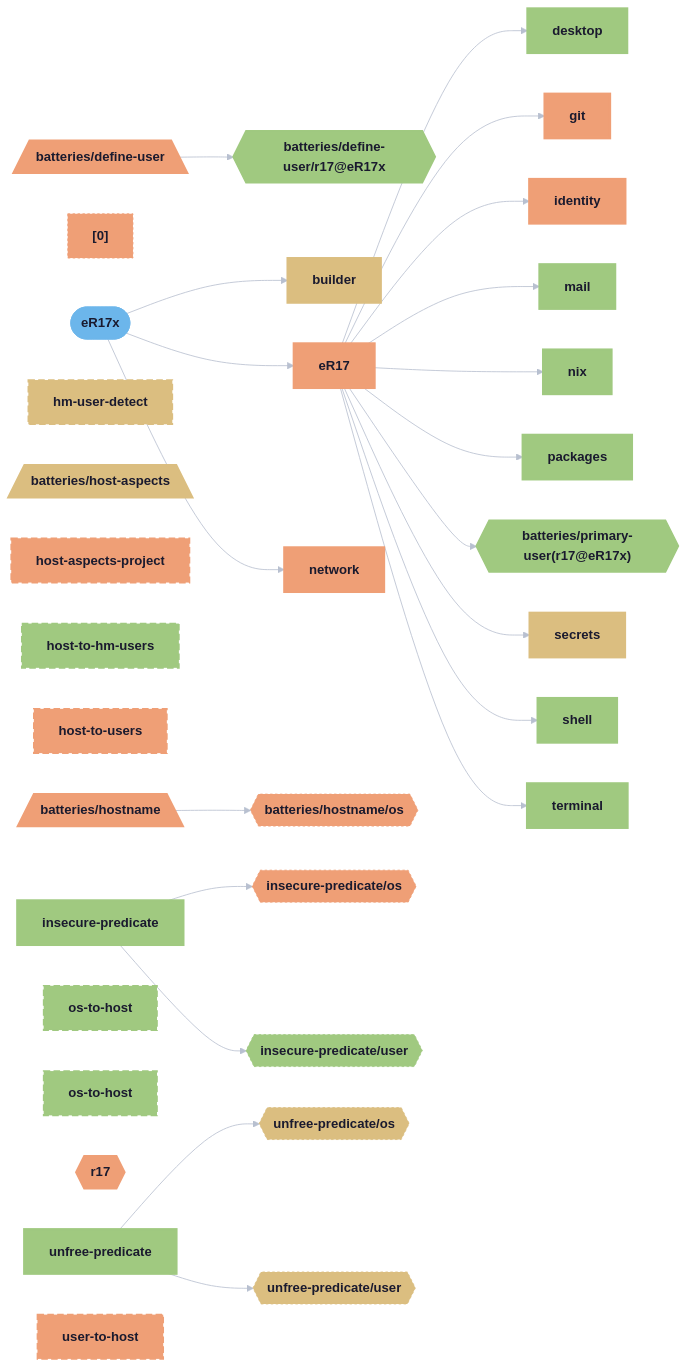
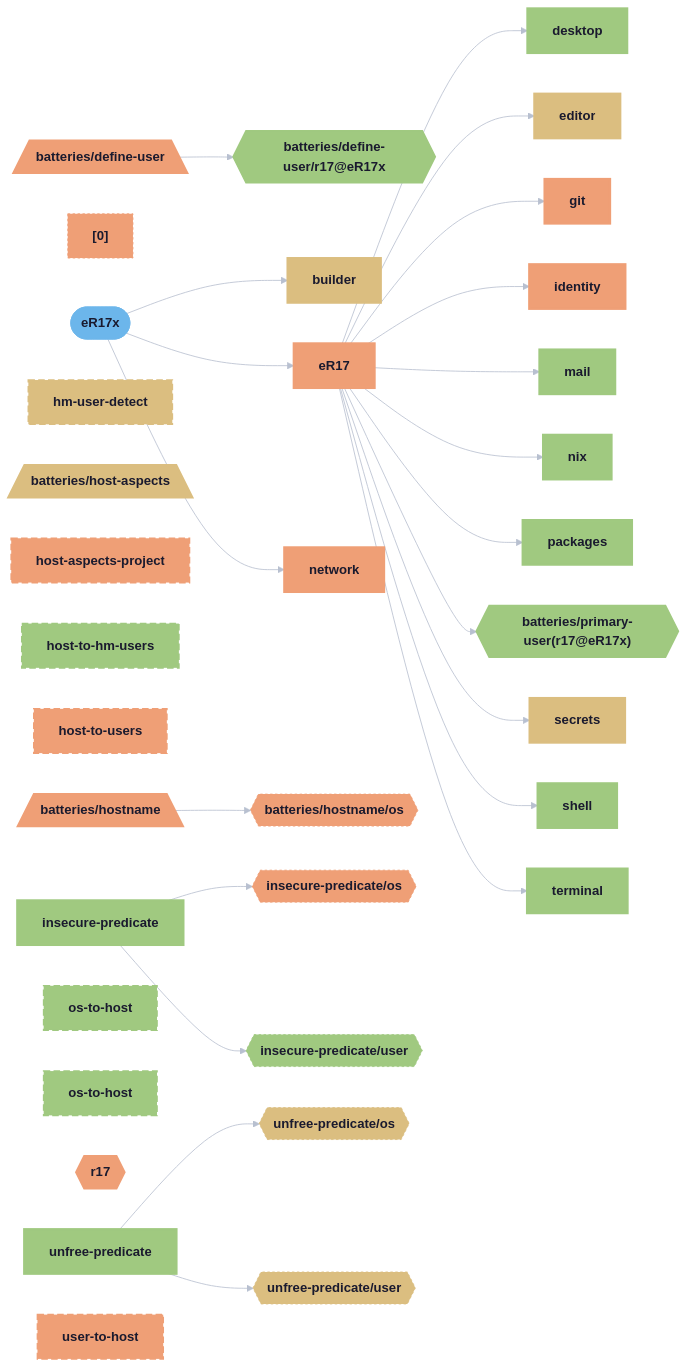
The third of 5 diagrams in README.md (r17x/universe), drawn with Mermaid before and after one commit. The commit also changed other lines of this file and 10 other files, not shown here.

```diff
--- a/README.md
+++ b/README.md
@@ -244,6 +250,7 @@
   den__batteries__define_user__r17_eR17x{{"batteries/define-user/r17@eR17x"}}:::den__batteries__define_user__r17_eR17x_c
   desktop["desktop"]:::desktop_c
   eR17["eR17"]:::eR17_c
+  editor["editor"]:::editor_c
   git["git"]:::git_c
   hm_user_detect["hm-user-detect"]:::hm_user_detect_c
   den__batteries__host_aspects[/"batteries/host-aspects"\]:::den__batteries__host_aspects_c
@@ -275,6 +282,7 @@
   den__batteries__define_user --> den__batteries__define_user__r17_eR17x
   den__batteries__hostname --> den__batteries__hostname__os
   eR17 --> desktop
+  eR17 --> editor
   eR17 --> git
   eR17 --> identity
   eR17 --> mail
@@ -300,6 +308,7 @@
   classDef desktop_c fill:#A0C980,stroke:#A0C980,color:#1A1A2E,stroke-width:3px
   classDef eR17_c fill:#EF9F76,stroke:#EF9F76,color:#1A1A2E,stroke-width:3px
   classDef eR17x_c fill:#DBBE80,stroke:#DBBE80,color:#1A1A2E,stroke-width:3px
+  classDef editor_c fill:#DBBE80,stroke:#DBBE80,color:#1A1A2E,stroke-width:3px
   classDef git_c fill:#EF9F76,stroke:#EF9F76,color:#1A1A2E,stroke-width:3px
   classDef hm_user_detect_c fill:#DBBE80,stroke:#DBBE80,color:#1A1A2E,stroke-width:2px,stroke-dasharray: 8 4
   classDef den__batteries__host_aspects_c fill:#DBBE80,stroke:#DBBE80,color:#1A1A2E,stroke-width:3px
```
